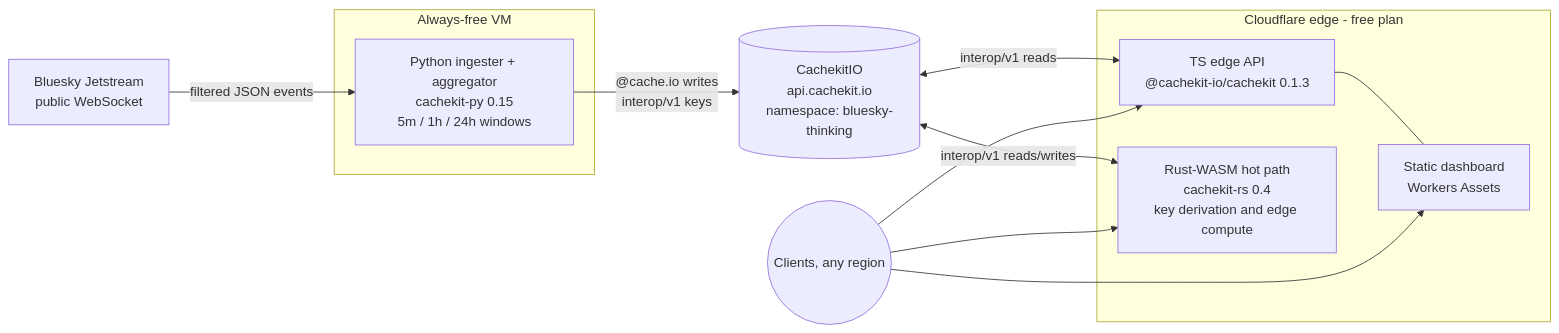
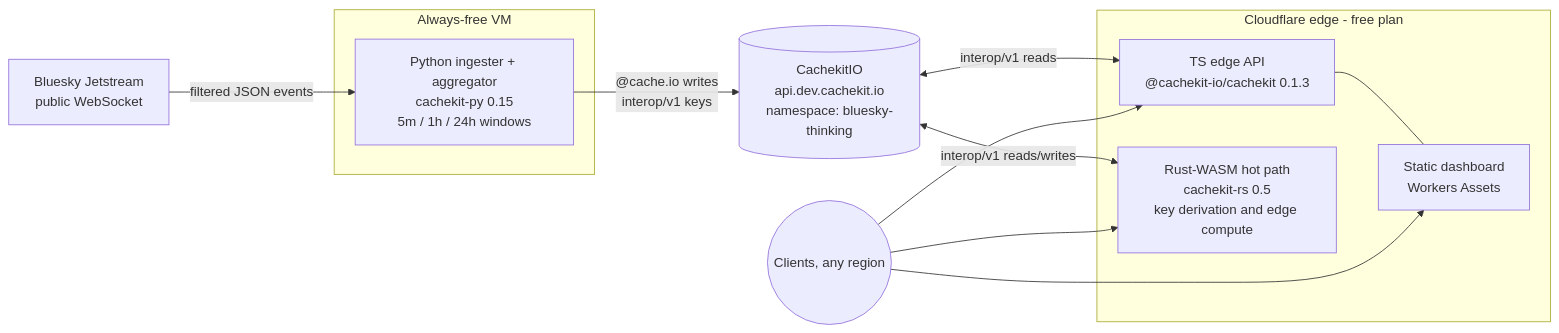
One commit to cachekit-io/bluesky-thinking changed the diagram in README.md. Above: the diagram before and after it, drawn with Mermaid. The commit also changed other lines of this file and 20 other files, not shown here.

First line of the commit message:
LAB-737: Stage 3 — live integration on dev.cachekit (interop + stampede + secure)

````diff
--- a/README.md
+++ b/README.md
@@ -24,21 +25,21 @@
 ```mermaid
 flowchart LR
     JS[Bluesky Jetstream\npublic WebSocket] -->|filtered JSON events| ING
 
     subgraph Always-free VM
         ING[Python ingester + aggregator\ncachekit-py 0.15\n5m / 1h / 24h windows]
     end
 
-    ING -->|"@cache.io writes\ninterop/v1 keys"| CK[(CachekitIO\napi.cachekit.io\nnamespace: bluesky-thinking)]
+    ING -->|"@cache.io writes\ninterop/v1 keys"| CK[(CachekitIO\napi.dev.cachekit.io\nnamespace: bluesky-thinking)]
 
     subgraph Cloudflare edge - free plan
         API[TS edge API\n@cachekit-io/cachekit 0.1.3]
-        WASM[Rust-WASM hot path\ncachekit-rs 0.4\nkey derivation and edge compute]
+        WASM[Rust-WASM hot path\ncachekit-rs 0.5\nkey derivation and edge compute]
         DASH[Static dashboard\nWorkers Assets]
     end
 
     CK <-->|interop/v1 reads| API
     CK <-->|interop/v1 reads/writes| WASM
     API --- DASH
     Browser((Clients, any region)) --> DASH & API & WASM
 ```
````
